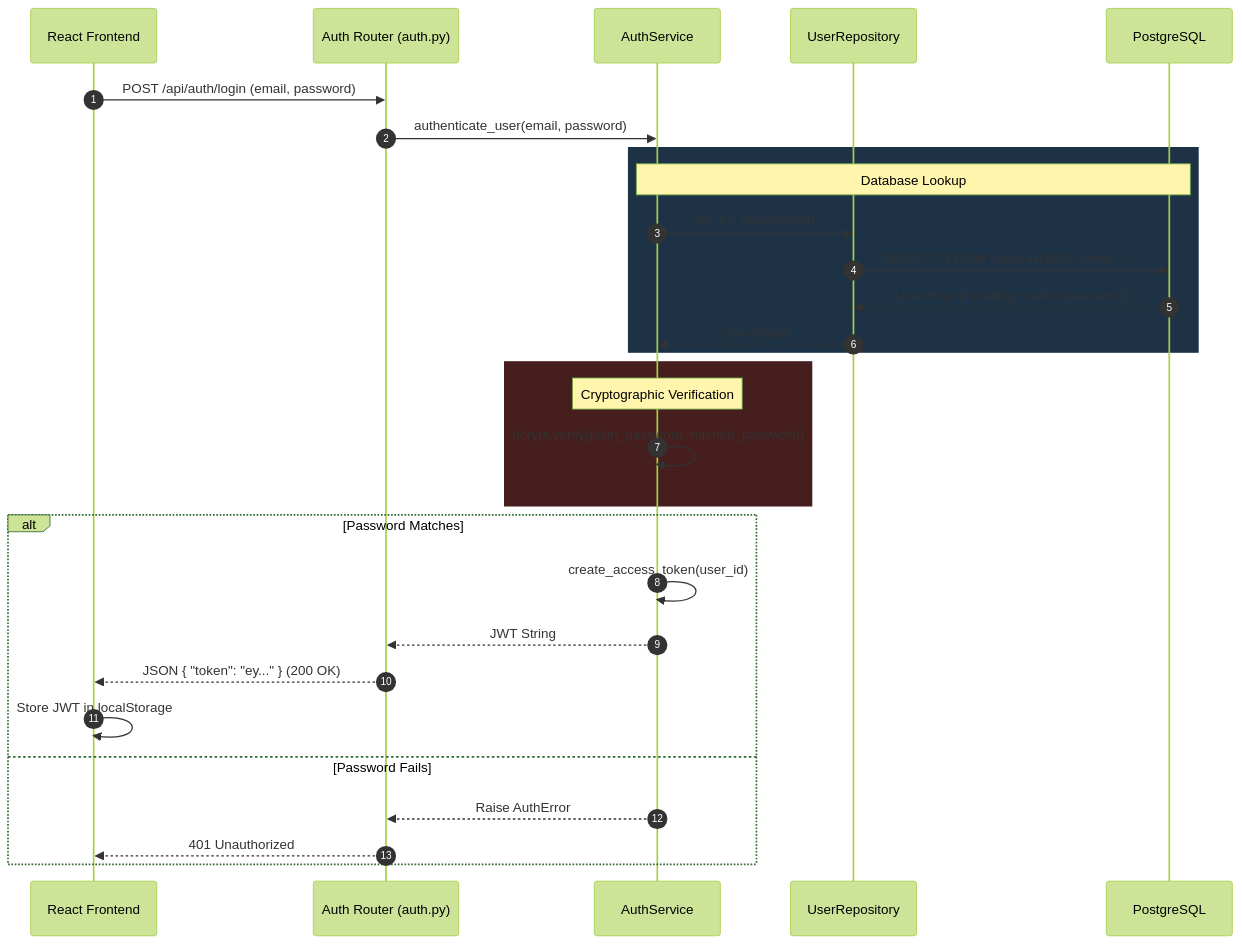
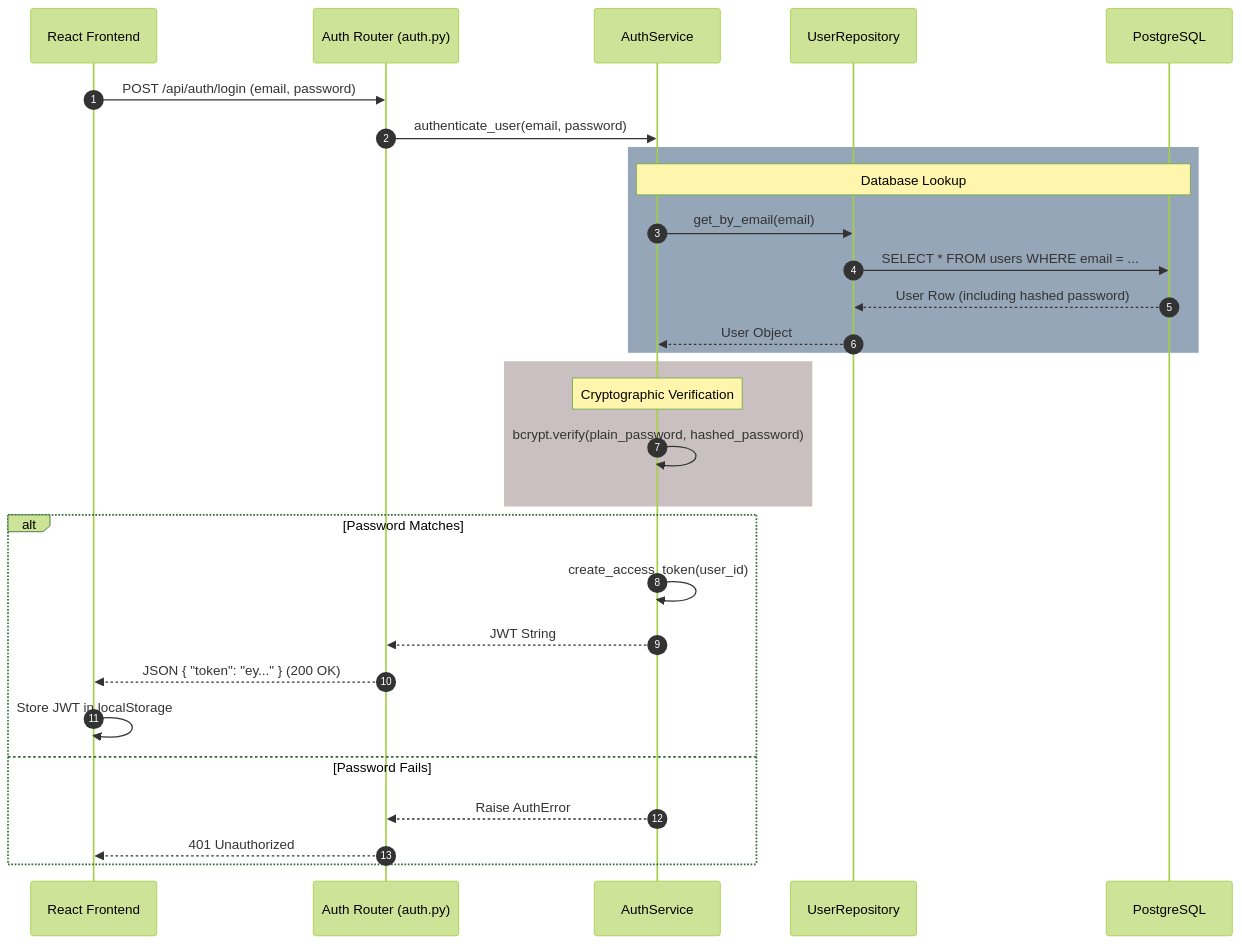
One commit to matan60003/PenguWave changed the third of 4 diagrams in SYSTEM_FLOW_DIAGRAMS.md. Above: the diagram before and after it, drawn with Mermaid (forest theme). The commit also changed other lines of this file, not shown here.

Commit message:
Update system flow diagrams

````diff
--- a/SYSTEM_FLOW_DIAGRAMS.md
+++ b/SYSTEM_FLOW_DIAGRAMS.md
@@ -101,35 +101,35 @@
 ```mermaid
 sequenceDiagram
     autonumber
     participant Browser as React Frontend
     participant Router as Auth Router (auth.py)
     participant Service as AuthService
     participant Repo as UserRepository
     participant DB as PostgreSQL
 
     Browser->>Router: POST /api/auth/login (email, password)
     Router->>Service: authenticate_user(email, password)
     
-    rect rgb(30, 50, 70)
+    rect rgba(149, 166, 184, 1)
     Note over Service,DB: Database Lookup
     Service->>Repo: get_by_email(email)
     Repo->>DB: SELECT * FROM users WHERE email = ...
     DB-->>Repo: User Row (including hashed password)
     Repo-->>Service: User Object
     end
     
-    rect rgb(70, 30, 30)
+    rect rgba(203, 192, 193, 1)
     Note over Service: Cryptographic Verification
     Service->>Service: bcrypt.verify(plain_password, hashed_password)
     end
     
     alt Password Matches
         Service->>Service: create_access_token(user_id)
         Service-->>Router: JWT String
         Router-->>Browser: JSON { "token": "ey..." } (200 OK)
         Browser->>Browser: Store JWT in localStorage
     else Password Fails
         Service-->>Router: Raise AuthError
         Router-->>Browser: 401 Unauthorized
     end
 ```
````
